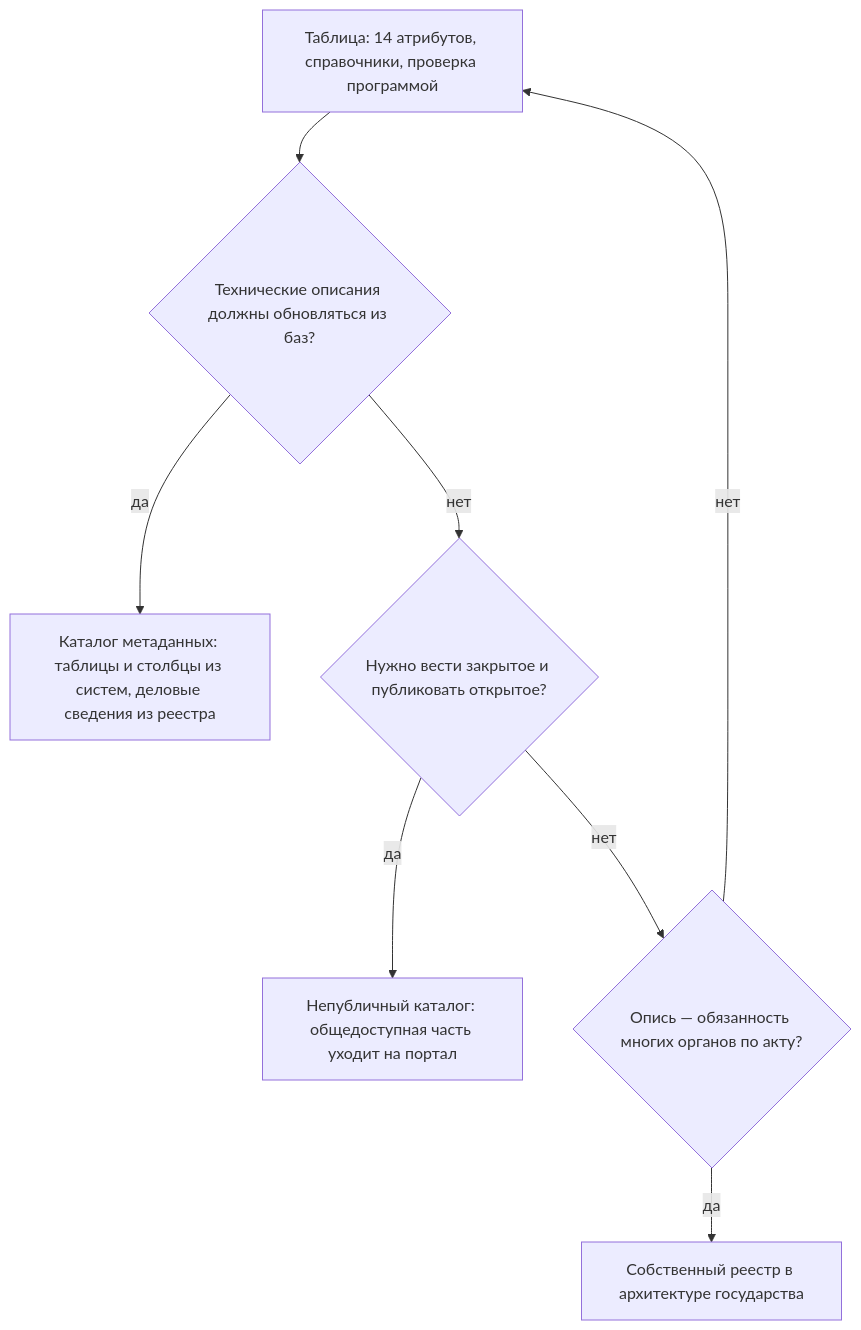
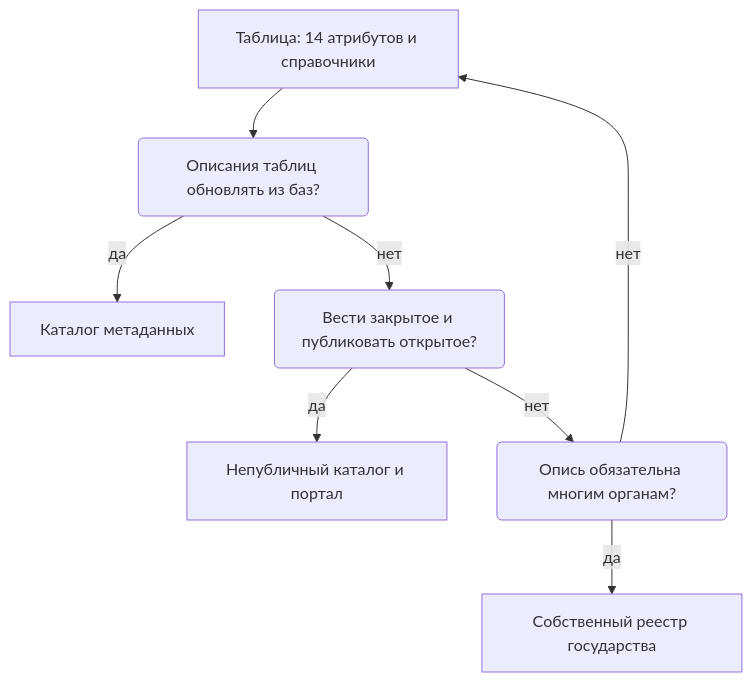
One commit to ivbeg/data-inventory changed the first of 2 diagrams in docs/06-tools/01-from-spreadsheet-to-catalog.md. Above: the diagram before and after it, drawn with Mermaid. The commit also changed other lines of this file and 54 other files, not shown here.

````diff
--- a/docs/06-tools/01-from-spreadsheet-to-catalog.md
+++ b/docs/06-tools/01-from-spreadsheet-to-catalog.md
@@ -20,10 +34,10 @@
 ```mermaid
 flowchart TB
-  T["Таблица: 14 атрибутов, справочники, проверка программой"] --> A{"Технические описания должны обновляться из баз?"}
-  A -- "да" --> M["Каталог метаданных: таблицы и столбцы из систем, деловые сведения из реестра"]
-  A -- "нет" --> B{"Нужно вести закрытое и публиковать открытое?"}
-  B -- "да" --> P["Непубличный каталог: общедоступная часть уходит на портал"]
-  B -- "нет" --> C{"Опись — обязанность многих органов по акту?"}
-  C -- "да" --> G["Собственный реестр в архитектуре государства"]
+  T["Таблица: 14 атрибутов и справочники"] --> A("Описания таблиц обновлять из баз?")
+  A -- "да" --> M["Каталог метаданных"]
+  A -- "нет" --> B("Вести закрытое и публиковать открытое?")
+  B -- "да" --> P["Непубличный каталог и портал"]
+  B -- "нет" --> C("Опись обязательна многим органам?")
+  C -- "да" --> G["Собственный реестр государства"]
   C -- "нет" --> T
 ```
````
